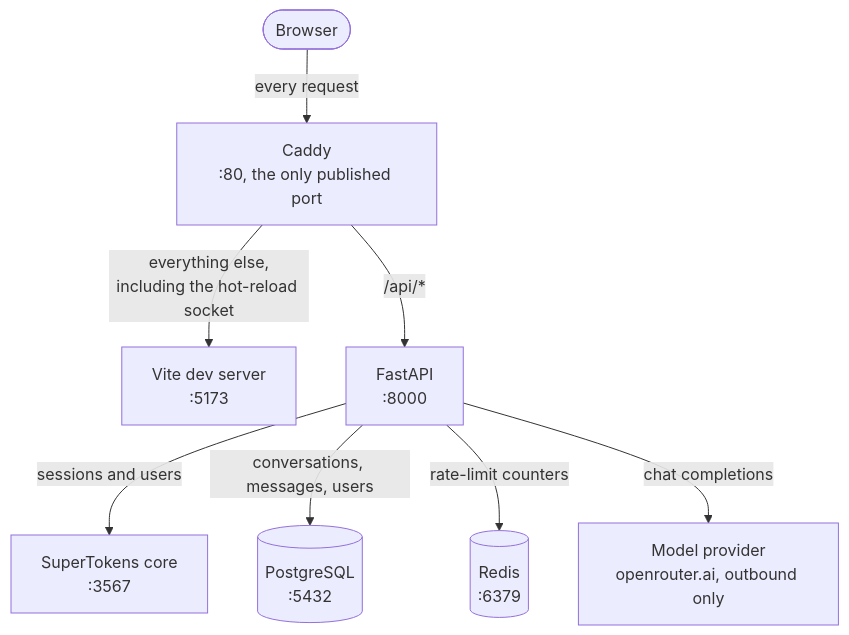
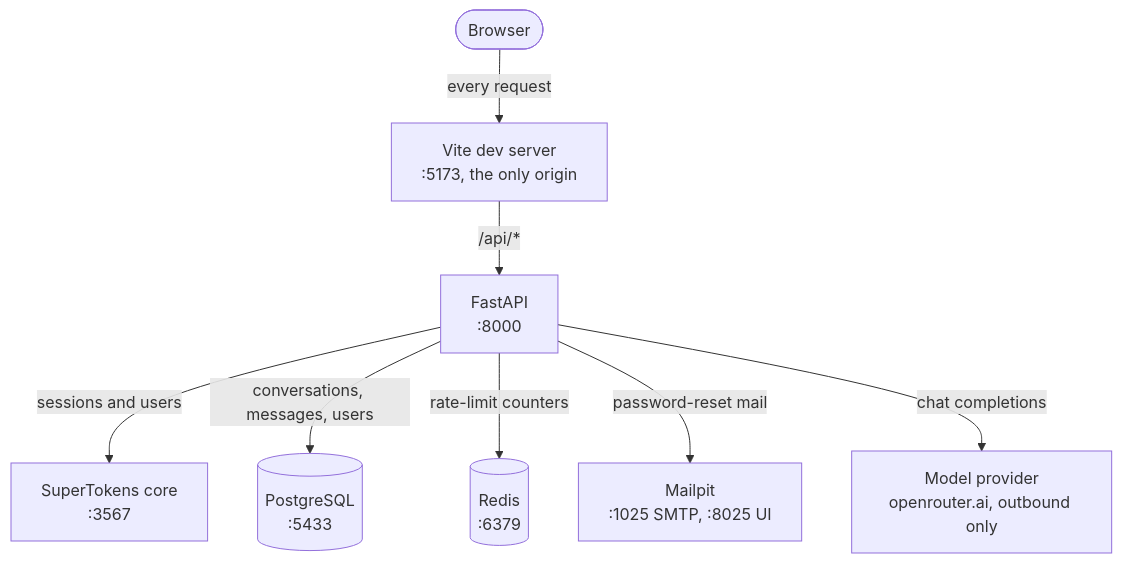
The first of 3 diagrams in README.md (rey-obejero/ai-chat), drawn with Mermaid before and after one commit. The commit also changed other lines of this file and 4 other files, not shown here.

````diff
--- a/README.md
+++ b/README.md
@@ -42,19 +47,19 @@
 ```mermaid
 flowchart TB
   browser(["Browser"])
-  caddy["Caddy<br/>:80, the only published port"]
-  vite["Vite dev server<br/>:5173"]
+  vite["Vite dev server<br/>:5173, the only origin"]
   fastapi["FastAPI<br/>:8000"]
   supertokens["SuperTokens core<br/>:3567"]
-  postgres[("PostgreSQL<br/>:5432")]
+  postgres[("PostgreSQL<br/>:5433")]
   redis[("Redis<br/>:6379")]
+  mailpit["Mailpit<br/>:1025 SMTP, :8025 UI"]
   llm["Model provider<br/>openrouter.ai, outbound only"]
 
-  browser -->|"every request"| caddy
-  caddy -->|"/api/*"| fastapi
-  caddy -->|"everything else,<br/>including the hot-reload socket"| vite
+  browser -->|"every request"| vite
+  vite -->|"/api/*"| fastapi
   fastapi -->|"sessions and users"| supertokens
   fastapi -->|"conversations, messages, users"| postgres
   fastapi -->|"rate-limit counters"| redis
+  fastapi -->|"password-reset mail"| mailpit
   fastapi -->|"chat completions"| llm
 ```
````
